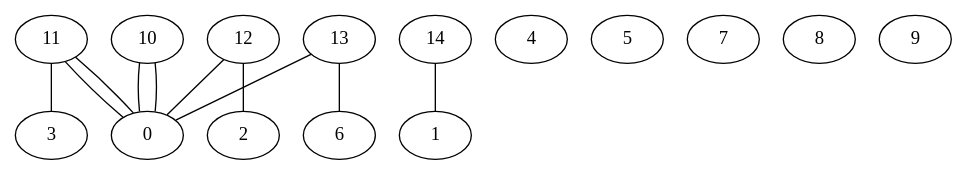
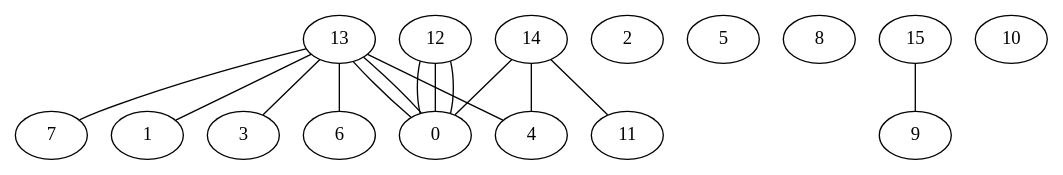
One commit to denizsurmeli/random-graph-generator changed the diagram in feeds/out/O-9-16-16-SA.dot. Above: the diagram before and after it, drawn with Graphviz. The commit also changed 584 other files, not shown here.

```diff
--- a/feeds/out/O-9-16-16-SA.dot
+++ b/feeds/out/O-9-16-16-SA.dot
@@ -1,27 +1,32 @@
 graph G {
 0;
 1;
 2;
 3;
 4;
 5;
 6;
 7;
 8;
 9;
 10;
 11;
 12;
 13;
 14;
-14--1 ;
+15;
+15--9 ;
+14--11 ;
+14--4 ;
+14--0 ;
+13--0 ;
+13--4 ;
+13--3 ;
+13--1 ;
+13--7 ;
 13--6 ;
 13--0 ;
-12--2 ;
 12--0 ;
-11--3 ;
-11--0 ;
-11--0 ;
-10--0 ;
-10--0 ;
+12--0 ;
+12--0 ;
 }
```
